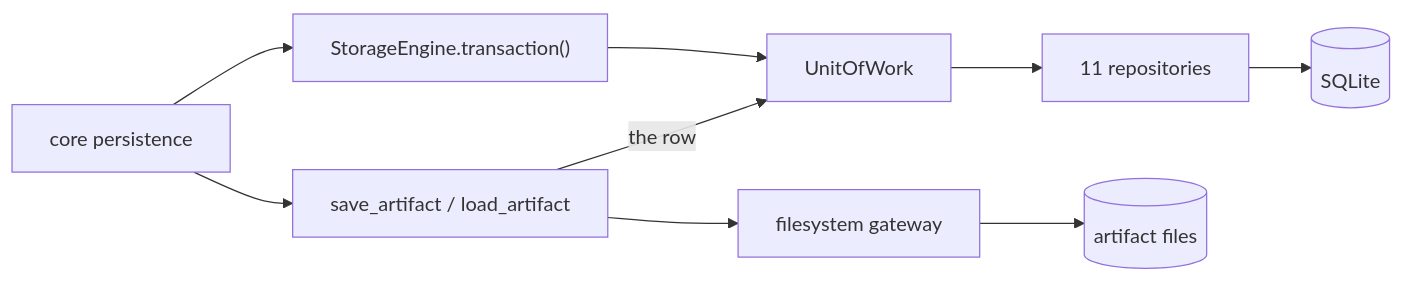
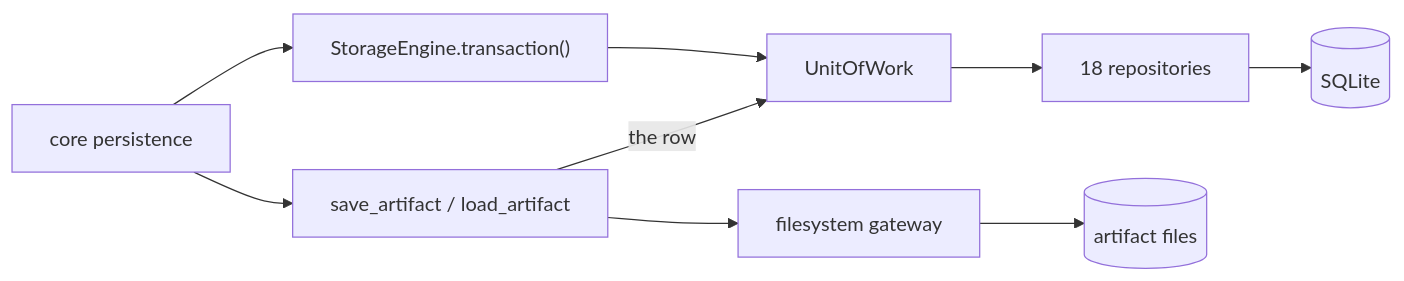
The diagram in docs/modules/storage/index.md (Spec-Forge-Testing/specforge-docs), drawn with Mermaid before and after one commit. The commit also changed other lines of this file and 3 other files, not shown here.

````diff
--- a/docs/modules/storage/index.md
+++ b/docs/modules/storage/index.md
@@ -7,11 +7,11 @@
 ```mermaid
 flowchart LR
     Core["core persistence"] --> Tx["StorageEngine.transaction()"]
     Tx --> UoW["UnitOfWork"]
-    UoW --> Repos["11 repositories"]
+    UoW --> Repos["18 repositories"]
     Repos --> DB[("SQLite")]
     Core --> Ops["save_artifact / load_artifact"]
     Ops -->|"the row"| UoW
     Ops --> Gw["filesystem gateway"]
     Gw --> Disk[("artifact files")]
 ```
````
